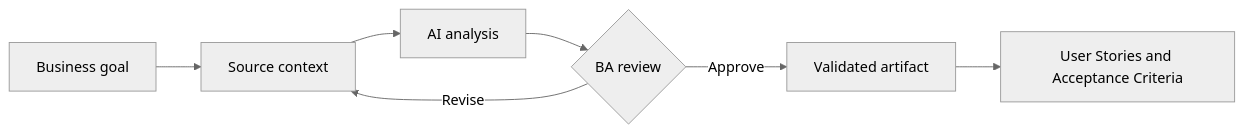
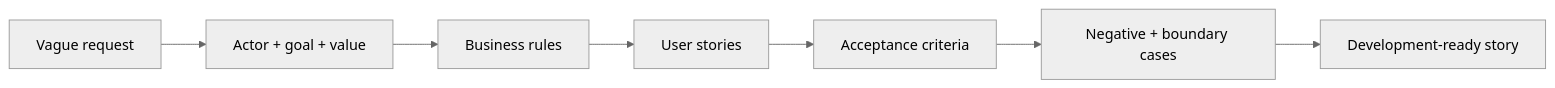
One commit to anhtnt90dev/ai-for-ba changed the diagram in docs/en/lessons/user-stories-and-acceptance-criteria/index.md. Above: the diagram before and after it, drawn with Mermaid (neutral theme). The commit also changed other lines of this file and 64 other files, not shown here.

````diff
--- a/docs/en/lessons/user-stories-and-acceptance-criteria/index.md
+++ b/docs/en/lessons/user-stories-and-acceptance-criteria/index.md
@@ -39,9 +38,9 @@
 ```mermaid
 flowchart LR
-    A["Business goal"] --> B["Source context"]
-    B --> C["AI analysis"]
-    C --> D{"BA review"}
-    D -->|"Revise"| B
-    D -->|"Approve"| E["Validated artifact"]
-    E --> F["User Stories and Acceptance Criteria"]
+    A["Vague request"] --> B["Actor + goal + value"]
+    B --> C["Business rules"]
+    C --> D["User stories"]
+    D --> E["Acceptance criteria"]
+    E --> F["Negative + boundary cases"]
+    F --> G["Development-ready story"]
 ```
````
